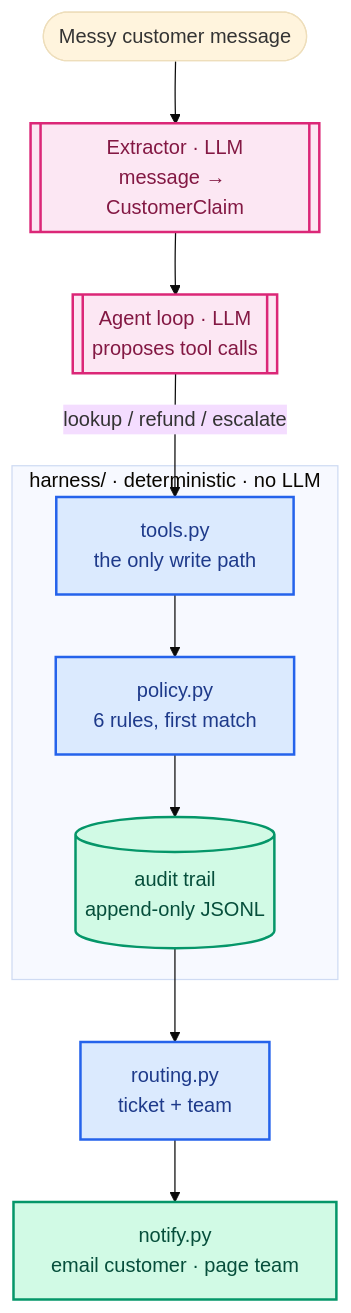
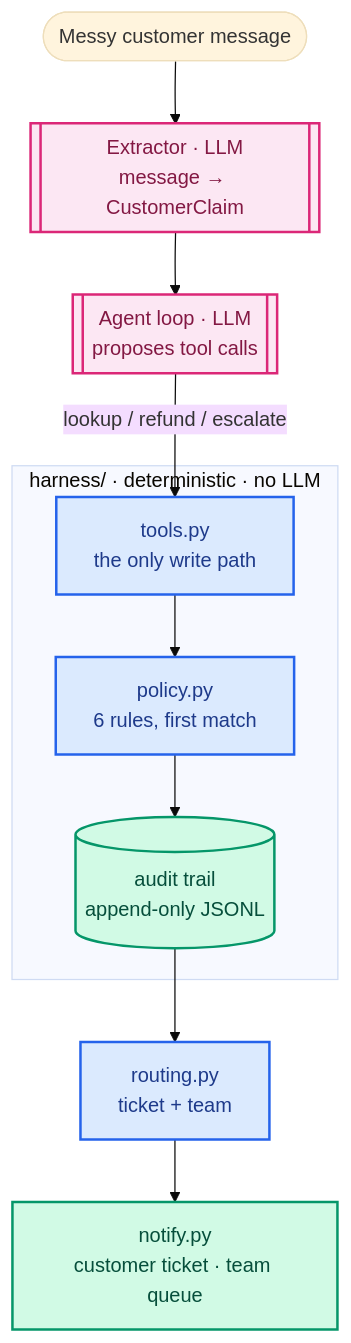
One commit to AmanDataGuy/Resolv changed the diagram in README.md. Above: the diagram before and after it, drawn with Mermaid (base theme). The commit also changed other lines of this file, not shown here.

````diff
--- a/README.md
+++ b/README.md
@@ -46,18 +46,18 @@
 ```mermaid
 flowchart TD
     Msg([Messy customer message]) --> Ext[["Extractor · LLM<br>message → CustomerClaim"]]:::llm
     Ext --> Loop[["Agent loop · LLM<br>proposes tool calls"]]:::llm
     Loop -->|lookup / refund / escalate| Tools[tools.py<br>the only write path]:::h
 
     subgraph HARNESS ["harness/ · deterministic · no LLM"]
         Tools --> Policy[policy.py<br>6 rules, first match]:::h
         Policy --> Audit[(audit trail<br>append-only JSONL)]:::io
     end
 
     Audit --> Route[routing.py<br>ticket + team]:::h
-    Route --> Notify[notify.py<br>email customer · page team]:::io
+    Route --> Notify[notify.py<br>customer ticket · team queue]:::io
 
     classDef llm fill:#fce7f3,stroke:#db2777,stroke-width:2px,color:#831843;
     classDef h fill:#dbeafe,stroke:#2563eb,stroke-width:2px,color:#1e3a8a;
     classDef io fill:#d1fae5,stroke:#059669,stroke-width:2px,color:#064e3b;
 ```
````
